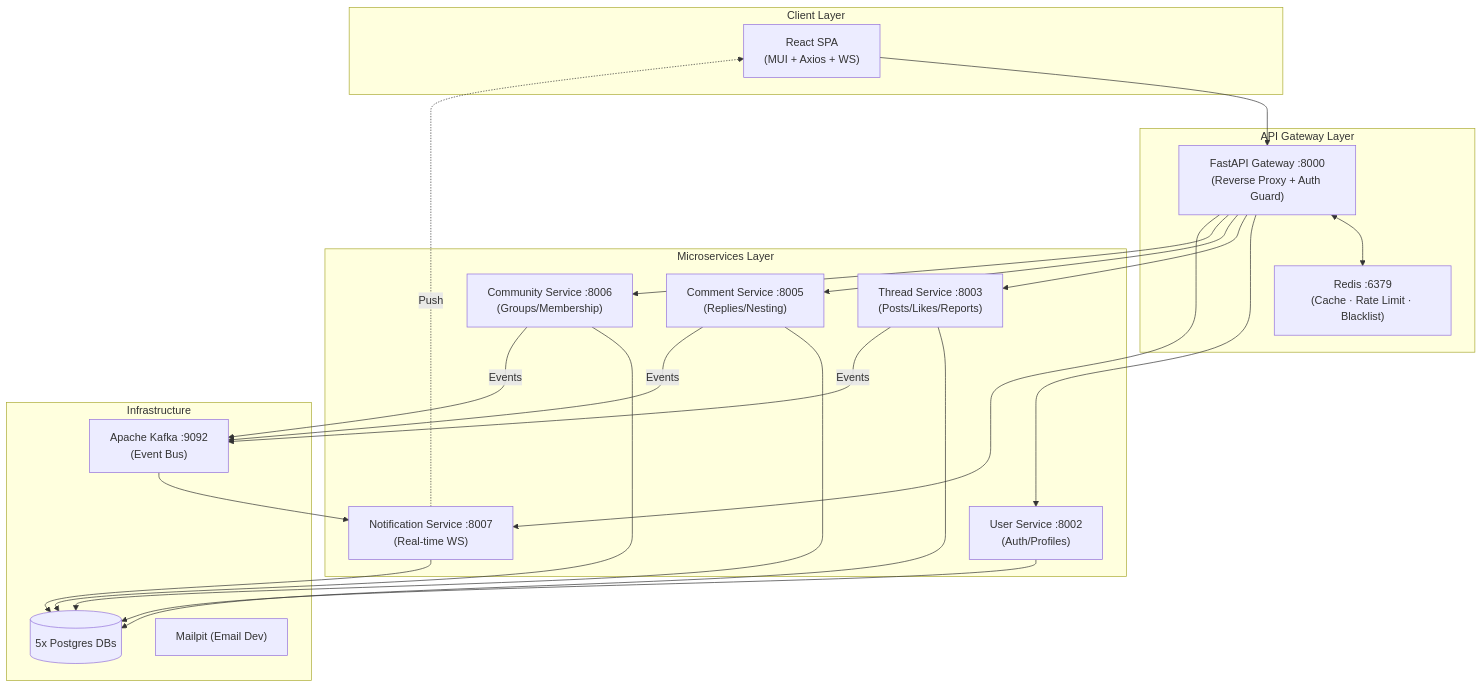
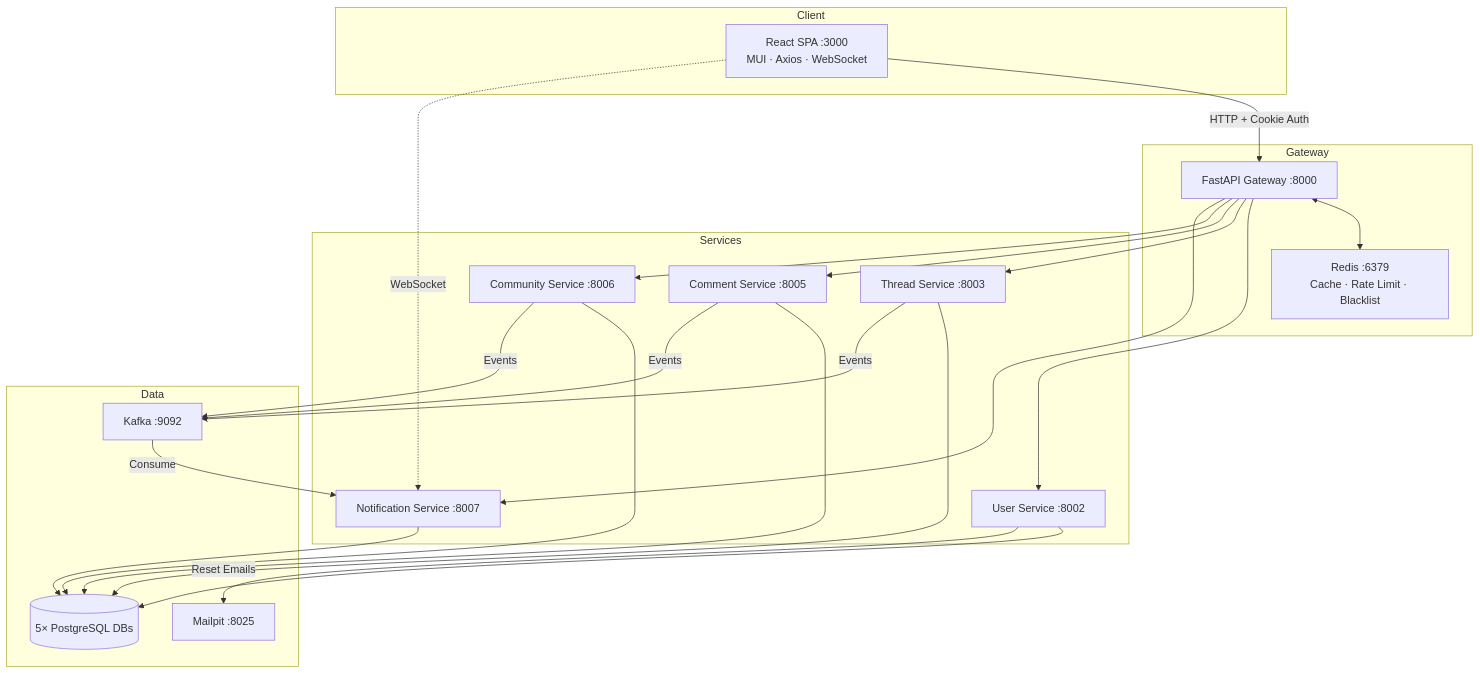
Before and after one commit to guptamanya18/discussion-forum: the first of 2 diagrams in README.md, drawn with Mermaid. The commit also changed other lines of this file and 25 other files, not shown here.

````diff
--- a/README.md
+++ b/README.md
@@ -24,33 +25,34 @@
 ```mermaid
 graph TB
-    subgraph Client Layer
-        REACT["React SPA<br/>(MUI + Axios + WS)"]
+    subgraph Client
+        REACT["React SPA :3000<br/>MUI · Axios · WebSocket"]
     end
 
-    subgraph API Gateway Layer
-        GW["FastAPI Gateway :8000<br/>(Reverse Proxy + Auth Guard)"]
-        REDIS["Redis :6379<br/>(Cache · Rate Limit · Blacklist)"]
+    subgraph Gateway
+        GW["FastAPI Gateway :8000"]
+        REDIS["Redis :6379<br/>Cache · Rate Limit · Blacklist"]
     end
 
-    subgraph Microservices Layer
-        US["User Service :8002<br/>(Auth/Profiles)"]
-        TS["Thread Service :8003<br/>(Posts/Likes/Reports)"]
-        CS["Comment Service :8005<br/>(Replies/Nesting)"]
-        CMS["Community Service :8006<br/>(Groups/Membership)"]
-        NS["Notification Service :8007<br/>(Real-time WS)"]
+    subgraph Services
+        US["User Service :8002"]
+        TS["Thread Service :8003"]
+        CS["Comment Service :8005"]
+        CMS["Community Service :8006"]
+        NS["Notification Service :8007"]
     end
 
-    subgraph Infrastructure
-        KAFKA["Apache Kafka :9092<br/>(Event Bus)"]
-        UDB[("5x Postgres DBs")]
-        MAIL["Mailpit (Email Dev)"]
+    subgraph Data
+        KAFKA["Kafka :9092"]
+        DB[("5× PostgreSQL DBs")]
+        MAIL["Mailpit :8025"]
     end
 
-    REACT --> GW
+    REACT -->|HTTP + Cookie Auth| GW
+    REACT -.->|WebSocket| NS
     GW <--> REDIS
     GW --> US & TS & CS & CMS & NS
-    US & TS & CS & CMS & NS --> UDB
-    TS & CS & CMS -->|"Events"| KAFKA
-    KAFKA --> NS
-    NS -.->|"Push"| REACT
+    US & TS & CS & CMS & NS --> DB
+    US -->|Reset Emails| MAIL
+    TS & CS & CMS -->|Events| KAFKA
+    KAFKA -->|Consume| NS
 ```
````
